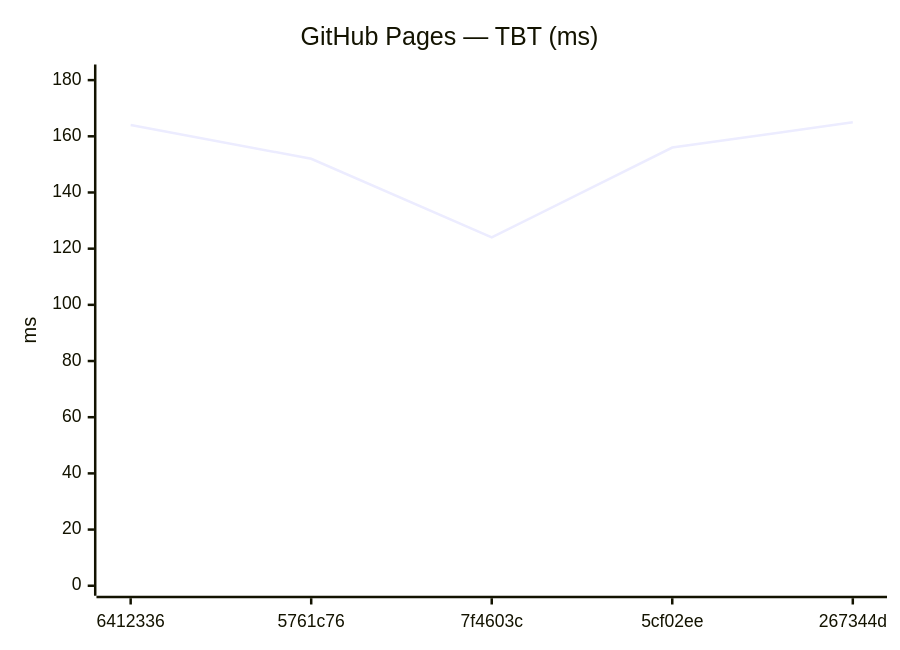
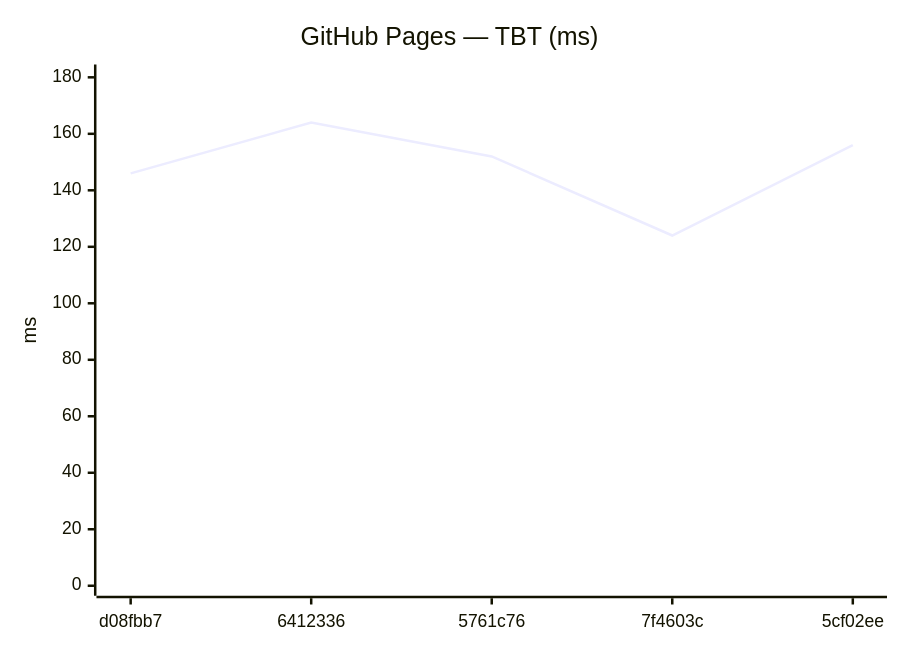
The tenth of 18 diagrams in benchmarks/compare.md (Metaheurist/Rianell), drawn with Mermaid before and after one commit. The commit also changed other lines of this file and 11 other files, not shown here.

````diff
--- a/benchmarks/compare.md
+++ b/benchmarks/compare.md
@@ -149,7 +149,7 @@
 ```mermaid
 xychart-beta
     title "GitHub Pages — TBT (ms)"
-    x-axis ["6412336", "5761c76", "7f4603c", "5cf02ee", "267344d"]
-    y-axis "ms" 0 --> 182
-    line [164, 152, 124, 156, 165]
+    x-axis ["d08fbb7", "6412336", "5761c76", "7f4603c", "5cf02ee"]
+    y-axis "ms" 0 --> 181
+    line [146, 164, 152, 124, 156]
 ```
````
